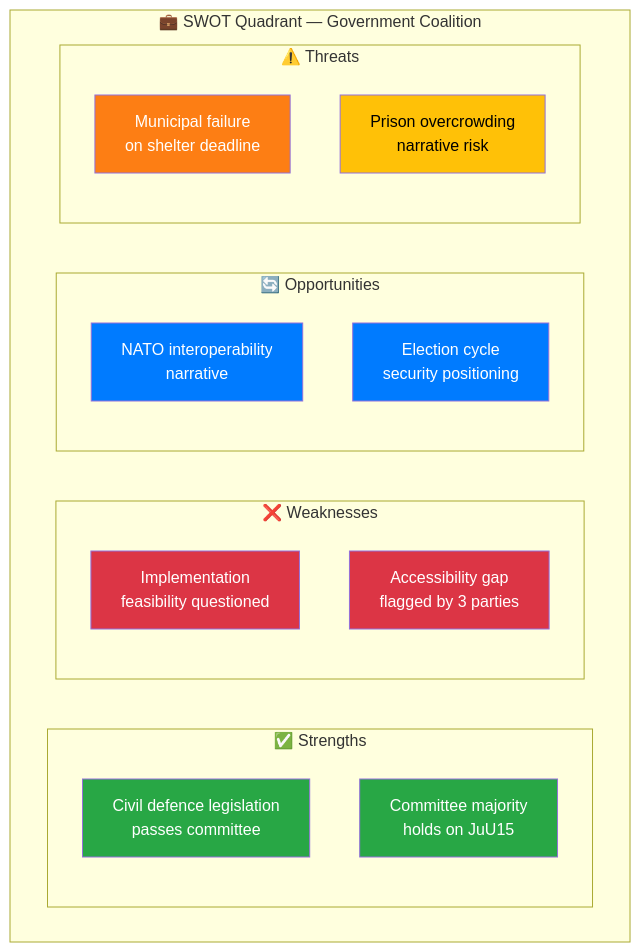
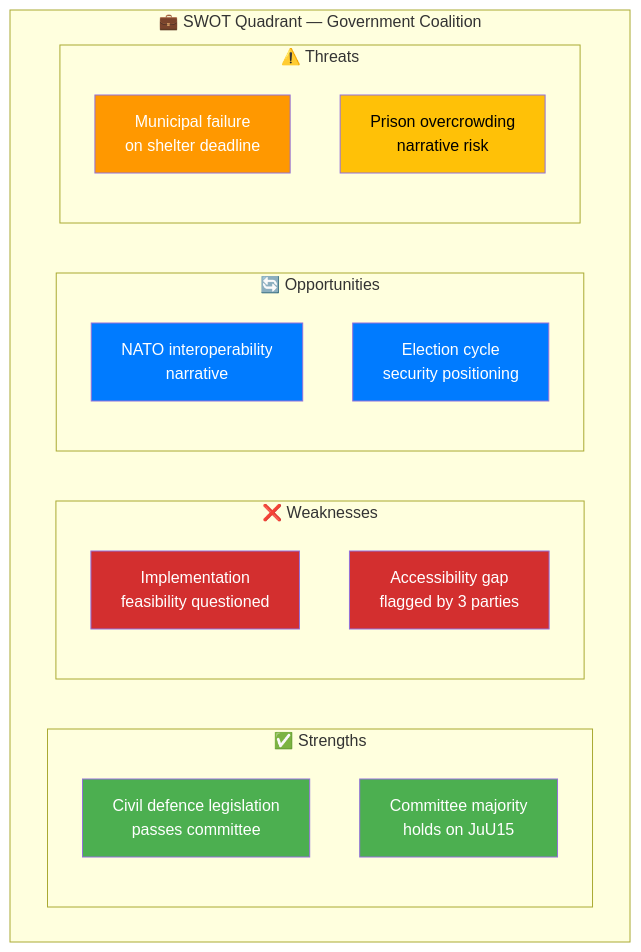
The diagram in analysis/daily/2026-04-03/committeeReports/swot-analysis.md (Hack23/riksdagsmonitor), drawn with Mermaid before and after one commit. The commit also changed 785 other files, not shown here.

First line of the commit message:
Normalize mermaid colors across 786 analysis artifacts to ISMS Style Guide palette

````diff
--- a/analysis/daily/2026-04-03/committeeReports/swot-analysis.md
+++ b/analysis/daily/2026-04-03/committeeReports/swot-analysis.md
@@ -85,30 +85,30 @@
 ```mermaid
 graph TD
     subgraph "💼 SWOT Quadrant — Government Coalition"
         subgraph "✅ Strengths"
             GS1["Civil defence legislation<br/>passes committee"]
             GS2["Committee majority<br/>holds on JuU15"]
         end
         subgraph "❌ Weaknesses"
             GW1["Implementation<br/>feasibility questioned"]
             GW2["Accessibility gap<br/>flagged by 3 parties"]
         end
         subgraph "🔄 Opportunities"
             GO1["NATO interoperability<br/>narrative"]
             GO2["Election cycle<br/>security positioning"]
         end
         subgraph "⚠️ Threats"
             GT1["Municipal failure<br/>on shelter deadline"]
             GT2["Prison overcrowding<br/>narrative risk"]
         end
     end
 
-    style GS1 fill:#28a745,color:#fff
-    style GS2 fill:#28a745,color:#fff
-    style GW1 fill:#dc3545,color:#fff
-    style GW2 fill:#dc3545,color:#fff
-    style GO1 fill:#007bff,color:#fff
-    style GO2 fill:#007bff,color:#fff
-    style GT1 fill:#fd7e14,color:#fff
-    style GT2 fill:#ffc107,color:#000
+    style GS1 fill:#4CAF50,color:#FFFFFF
+    style GS2 fill:#4CAF50,color:#FFFFFF
+    style GW1 fill:#D32F2F,color:#FFFFFF
+    style GW2 fill:#D32F2F,color:#FFFFFF
+    style GO1 fill:#007bff,color:#FFFFFF
+    style GO2 fill:#007bff,color:#FFFFFF
+    style GT1 fill:#FF9800,color:#FFFFFF
+    style GT2 fill:#FFC107,color:#000000
 ```
````
